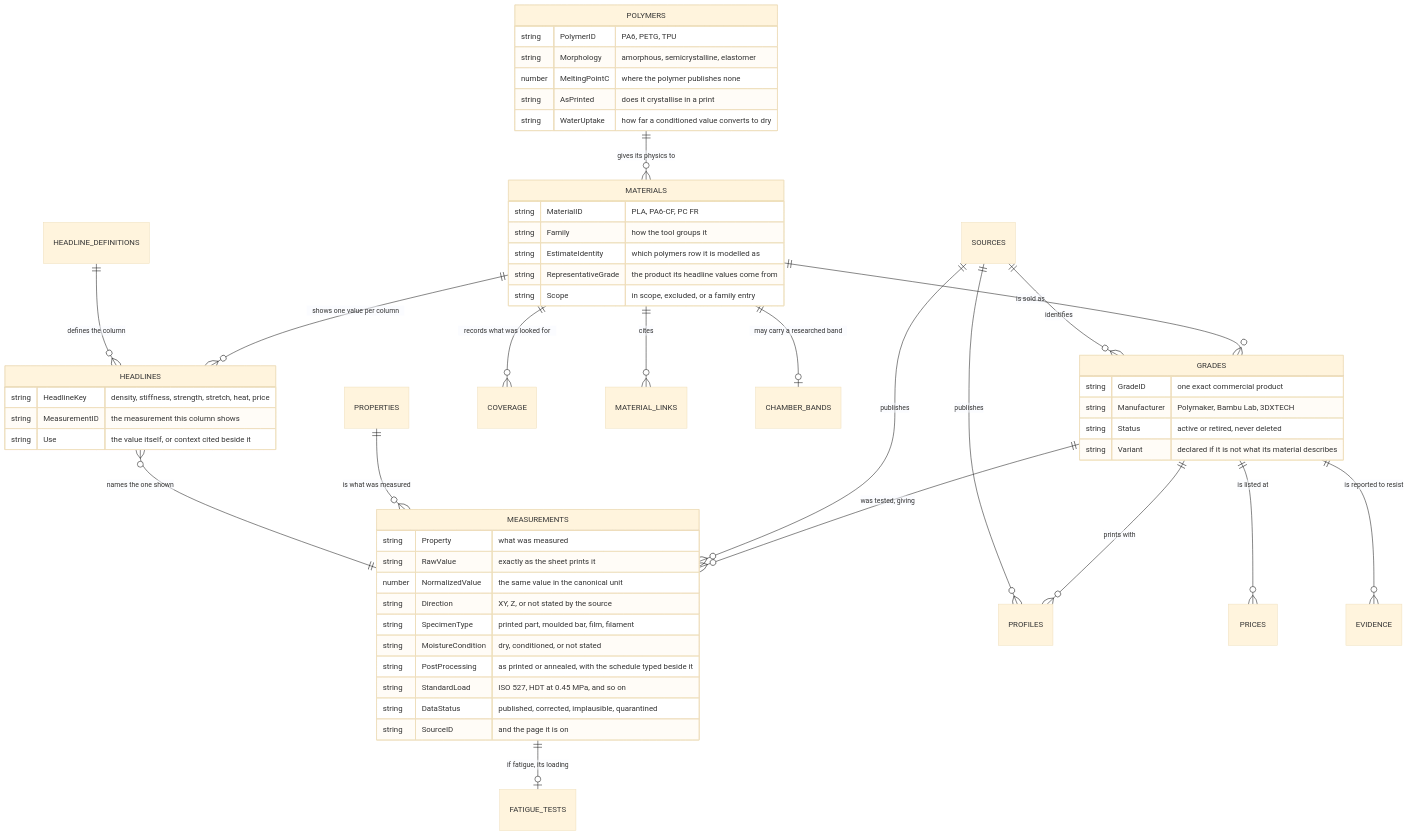
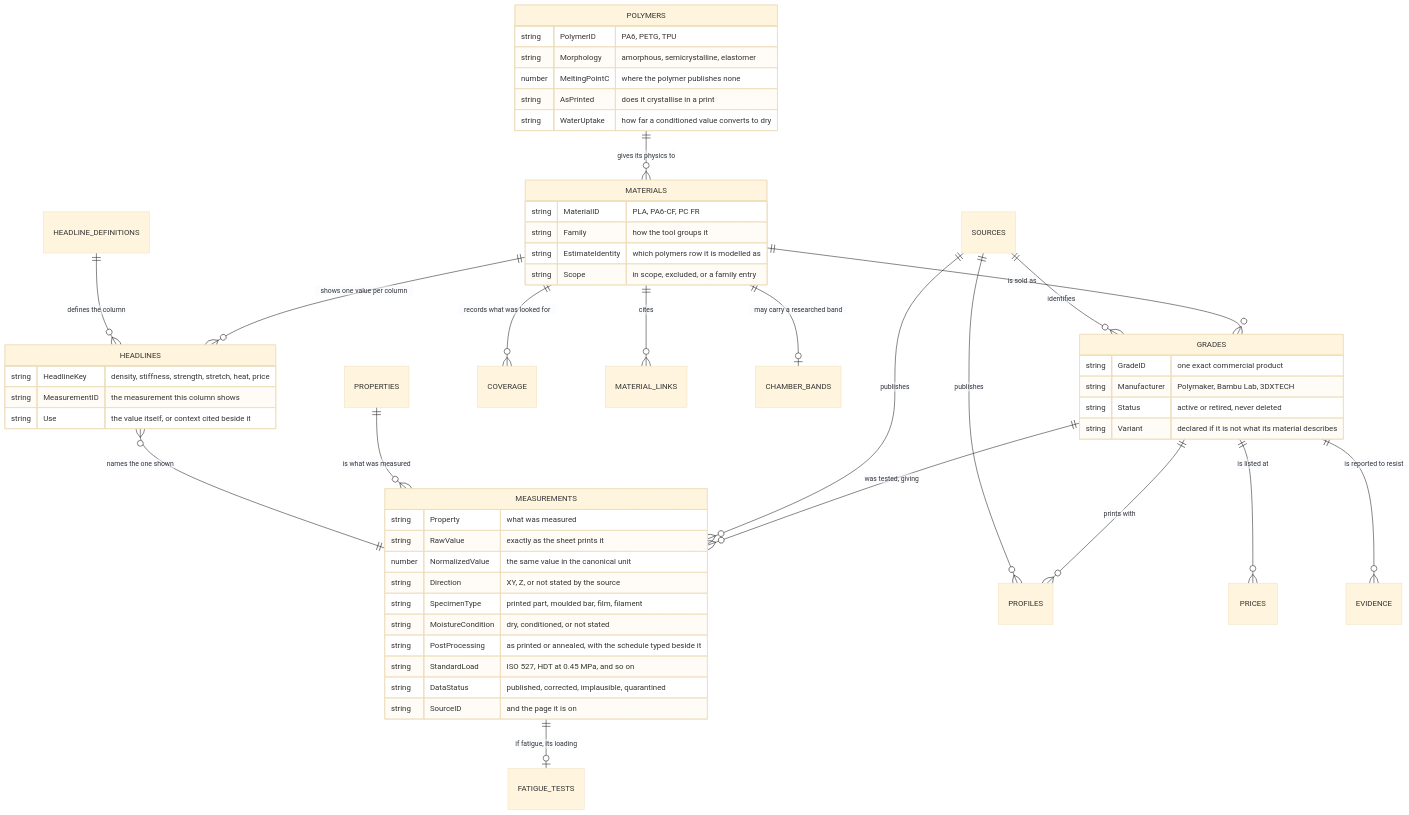
One commit to faridbnv/h2c-materials changed the second of 3 diagrams in docs/HOW-IT-WORKS.md. Above: the diagram before and after it, drawn with Mermaid (base theme). The commit also changed other lines of this file and 87 other files, not shown here.

````diff
--- a/docs/HOW-IT-WORKS.md
+++ b/docs/HOW-IT-WORKS.md
@@ -165,58 +165,57 @@
 ```mermaid
 erDiagram
     POLYMERS ||--o{ MATERIALS : "gives its physics to"
     MATERIALS ||--o{ GRADES : "is sold as"
     MATERIALS ||--o{ HEADLINES : "shows one value per column"
     MATERIALS ||--o{ COVERAGE : "records what was looked for"
     MATERIALS ||--o{ MATERIAL_LINKS : "cites"
     MATERIALS ||--o| CHAMBER_BANDS : "may carry a researched band"
     GRADES ||--o{ MEASUREMENTS : "was tested, giving"
     GRADES ||--o{ PROFILES : "prints with"
     GRADES ||--o{ PRICES : "is listed at"
     GRADES ||--o{ EVIDENCE : "is reported to resist"
     SOURCES ||--o{ MEASUREMENTS : "publishes"
     SOURCES ||--o{ PROFILES : "publishes"
     SOURCES ||--o{ GRADES : "identifies"
     PROPERTIES ||--o{ MEASUREMENTS : "is what was measured"
     HEADLINE_DEFINITIONS ||--o{ HEADLINES : "defines the column"
     HEADLINES }o--|| MEASUREMENTS : "names the one shown"
     MEASUREMENTS ||--o| FATIGUE_TESTS : "if fatigue, its loading"
 
     MATERIALS {
         string MaterialID "PLA, PA6-CF, PC FR"
         string Family "how the tool groups it"
         string EstimateIdentity "which polymers row it is modelled as"
-        string RepresentativeGrade "the product its headline values come from"
         string Scope "in scope, excluded, or a family entry"
     }
     GRADES {
         string GradeID "one exact commercial product"
         string Manufacturer "Polymaker, Bambu Lab, 3DXTECH"
         string Status "active or retired, never deleted"
         string Variant "declared if it is not what its material describes"
     }
     MEASUREMENTS {
         string Property "what was measured"
         string RawValue "exactly as the sheet prints it"
         number NormalizedValue "the same value in the canonical unit"
         string Direction "XY, Z, or not stated by the source"
         string SpecimenType "printed part, moulded bar, film, filament"
         string MoistureCondition "dry, conditioned, or not stated"
         string PostProcessing "as printed or annealed, with the schedule typed beside it"
         string StandardLoad "ISO 527, HDT at 0.45 MPa, and so on"
         string DataStatus "published, corrected, implausible, quarantined"
         string SourceID "and the page it is on"
     }
     HEADLINES {
         string HeadlineKey "density, stiffness, strength, stretch, heat, price"
         string MeasurementID "the measurement this column shows"
         string Use "the value itself, or context cited beside it"
     }
     POLYMERS {
         string PolymerID "PA6, PETG, TPU"
         string Morphology "amorphous, semicrystalline, elastomer"
         number MeltingPointC "where the polymer publishes none"
         string AsPrinted "does it crystallise in a print"
         string WaterUptake "how far a conditioned value converts to dry"
     }
 ```
````
